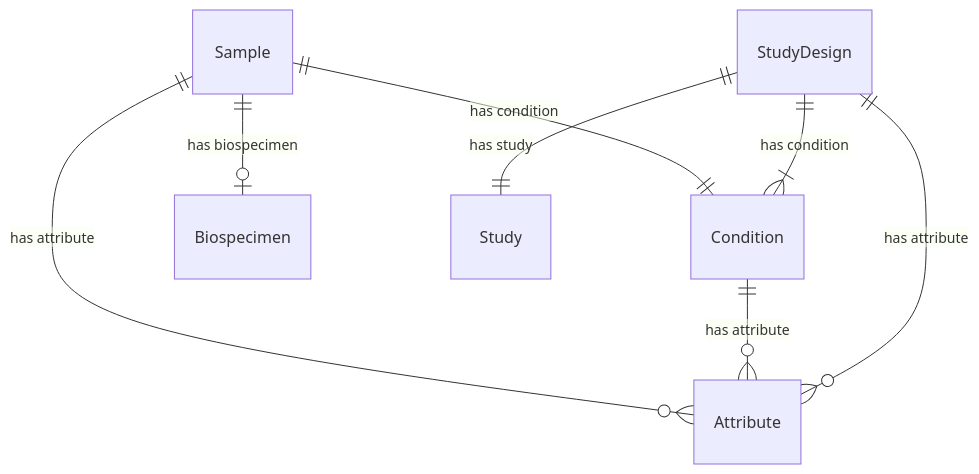
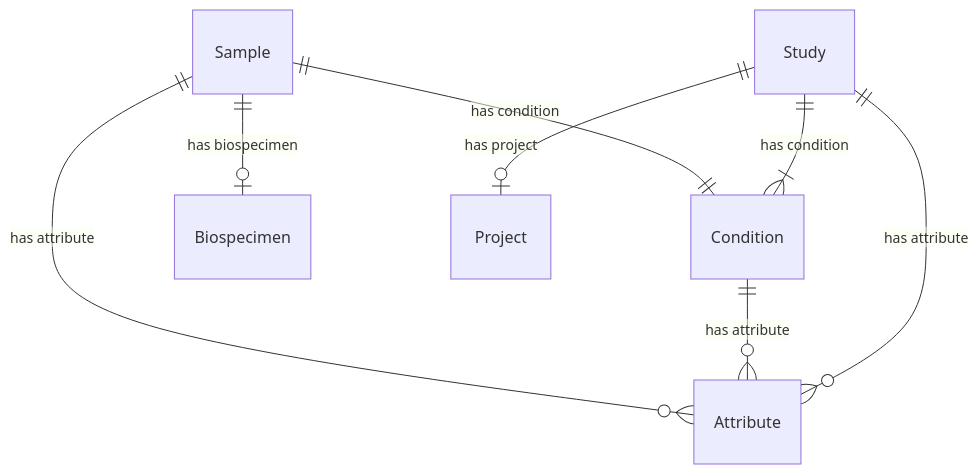
Before and after one commit to ghga-de/ghga-metadata-schema: the fourth of 7 diagrams in docs/entity_relations.md, drawn with Mermaid. The commit also changed other lines of this file and 46 other files, not shown here.

Commit message:
remove study design and sequencing replicate

````diff
--- a/docs/entity_relations.md
+++ b/docs/entity_relations.md
@@ -219,21 +215,21 @@
 ```mermaid
 erDiagram
 Sample {
 
 }
 Condition {
 
 }
-StudyDesign {
+Study {
 
 }
 
 Sample ||--|o Biospecimen : "has biospecimen"
 Sample ||--|| Condition : "has condition"
 Sample ||--}o Attribute : "has attribute"
 Condition ||--}o Attribute : "has attribute"
-StudyDesign ||--|| Study : "has study"
-StudyDesign ||--}| Condition : "has condition"
-StudyDesign ||--}o Attribute : "has attribute"
+Study ||--|o Project : "has project"
+Study ||--}| Condition : "has condition"
+Study ||--}o Attribute : "has attribute"
 
 ```
````
